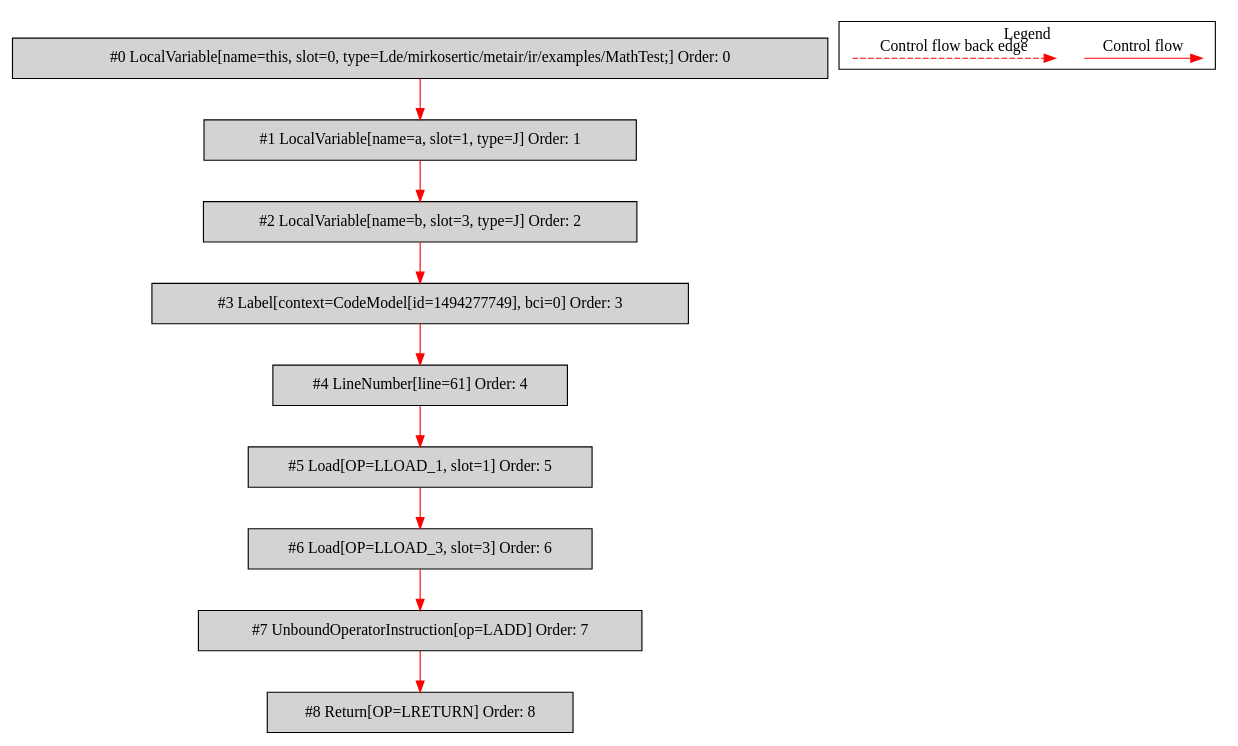
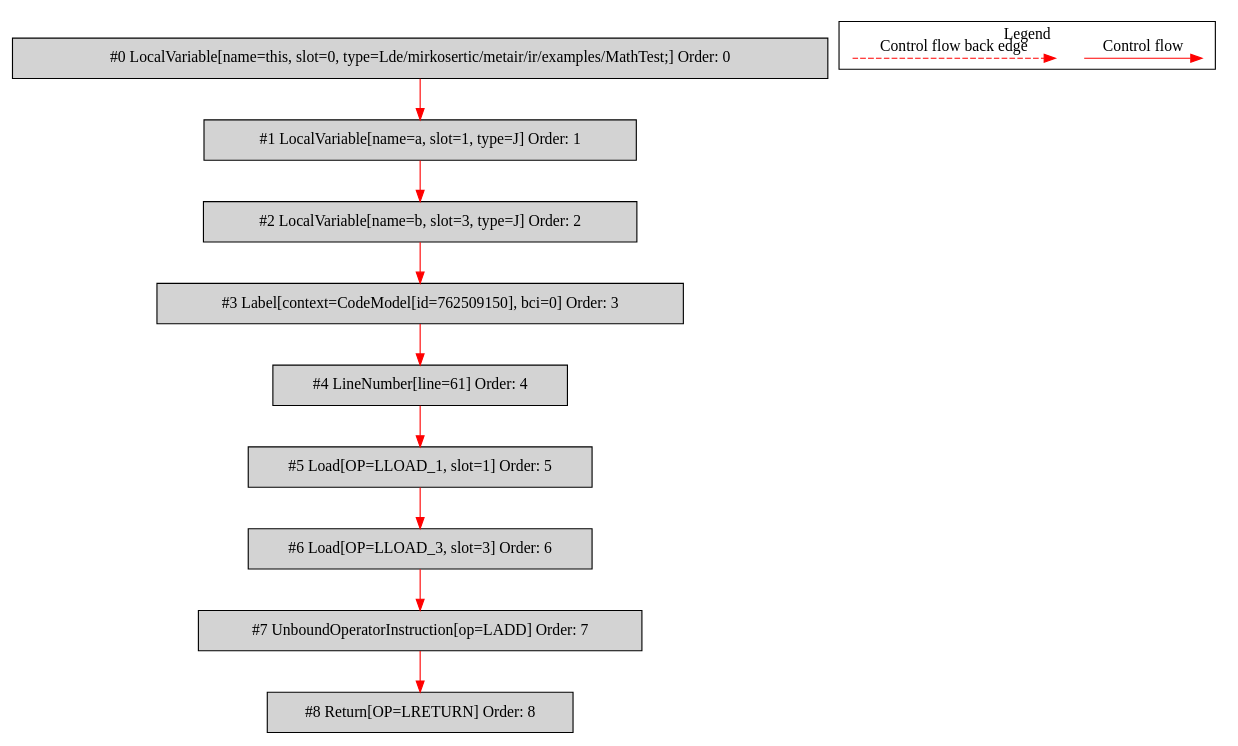
Before and after one commit to mirkosertic/MetaIR: the diagram in de.mirkosertic.metair.ir.examples.MathTest/ladd/bytecodecfg.dot, drawn with Graphviz. The commit also changed 1234 other files, not shown here.

```diff
--- a/de.mirkosertic.metair.ir.examples.MathTest/ladd/bytecodecfg.dot
+++ b/de.mirkosertic.metair.ir.examples.MathTest/ladd/bytecodecfg.dot
@@ -1,34 +1,34 @@
 digraph {
  ordering="in";
  node0[label="#0 LocalVariable[name=this, slot=0, type=Lde/mirkosertic/metair/ir/examples/MathTest;] Order: 0", shape=box, fillcolor=lightgrey, style=filled];
  node1[label="#1 LocalVariable[name=a, slot=1, type=J] Order: 1", shape=box, fillcolor=lightgrey, style=filled];
  node2[label="#2 LocalVariable[name=b, slot=3, type=J] Order: 2", shape=box, fillcolor=lightgrey, style=filled];
- node3[label="#3 Label[context=CodeModel[id=1494277749], bci=0] Order: 3", shape=box, fillcolor=lightgrey, style=filled];
+ node3[label="#3 Label[context=CodeModel[id=762509150], bci=0] Order: 3", shape=box, fillcolor=lightgrey, style=filled];
  node4[label="#4 LineNumber[line=61] Order: 4", shape=box, fillcolor=lightgrey, style=filled];
  node5[label="#5 Load[OP=LLOAD_1, slot=1] Order: 5", shape=box, fillcolor=lightgrey, style=filled];
  node6[label="#6 Load[OP=LLOAD_3, slot=3] Order: 6", shape=box, fillcolor=lightgrey, style=filled];
  node7[label="#7 UnboundOperatorInstruction[op=LADD] Order: 7", shape=box, fillcolor=lightgrey, style=filled];
  node8[label="#8 Return[OP=LRETURN] Order: 8", shape=box, fillcolor=lightgrey, style=filled];
  node0 -> node1[color=red];
  node1 -> node2[color=red];
  node2 -> node3[color=red];
  node3 -> node4[color=red];
  node4 -> node5[color=red];
  node5 -> node6[color=red];
  node6 -> node7[color=red];
  node7 -> node8[color=red];
  subgraph cluster_000 {
   label = "Legend";
   node [shape=point]
   {
    rank=same;
    c0 [style = invis];
    c1 [style = invis];
    c2 [style = invis];
    c3 [style = invis];
   }
   c0 -> c1 [label="Control flow", style=solid, color=red]
   c2 -> c3 [label="Control flow back edge", style=dashed, color=red]
  }
 
 }
```
